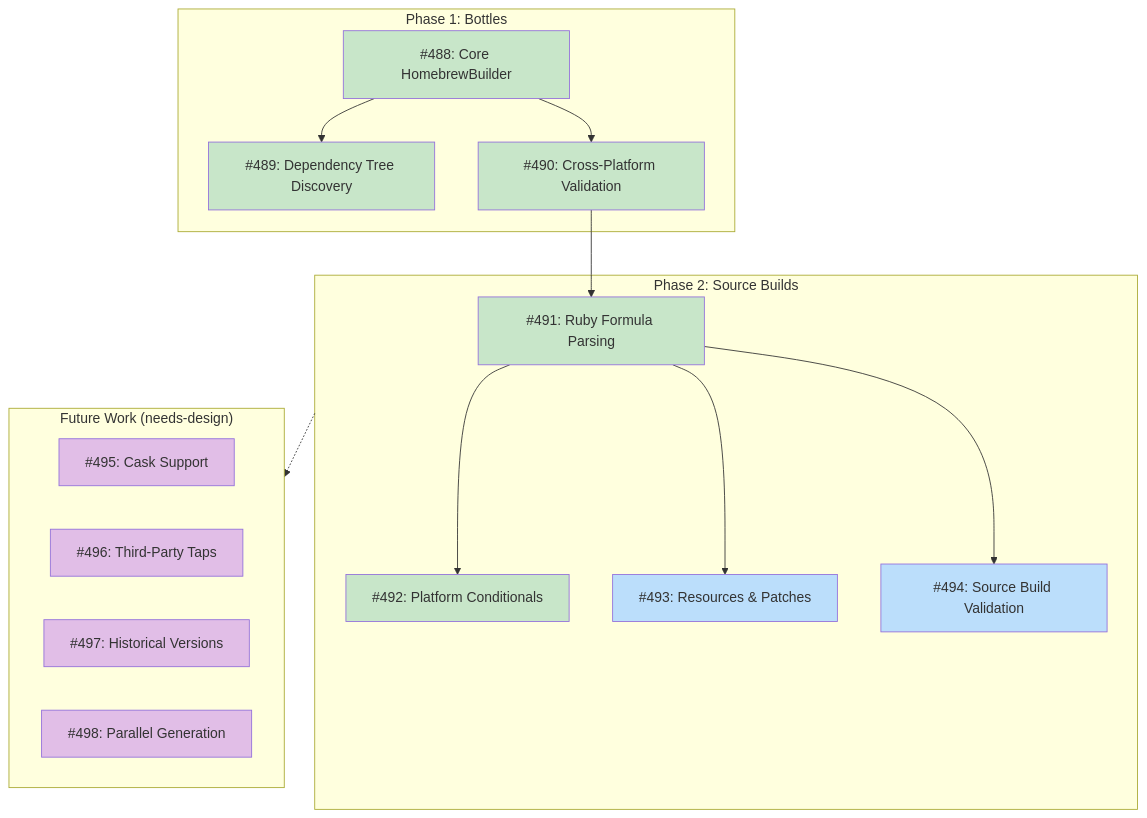
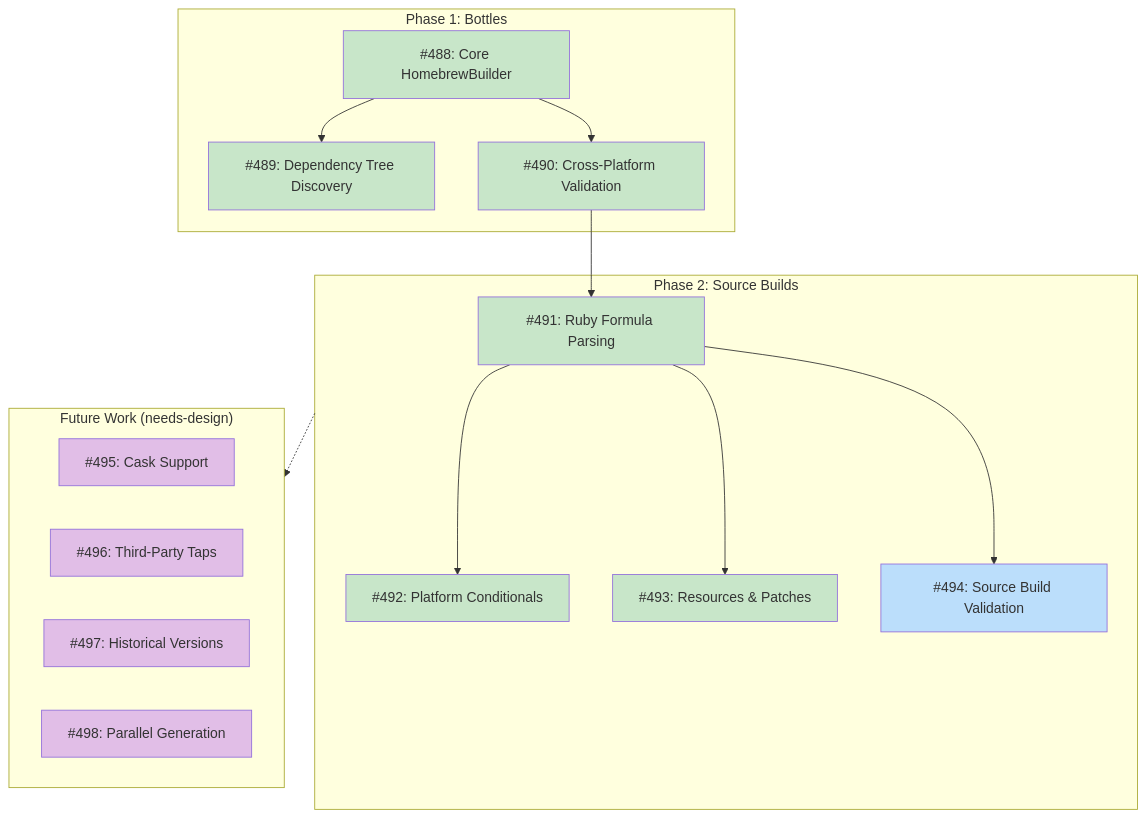
One commit to tsukumogami/tsuku changed the diagram in docs/DESIGN-homebrew-builder.md. Above: the diagram before and after it, drawn with Mermaid. The commit also changed 9 other files, not shown here.

````diff
--- a/docs/DESIGN-homebrew-builder.md
+++ b/docs/DESIGN-homebrew-builder.md
@@ -11,39 +11,39 @@
 ```mermaid
 graph TD
     subgraph Phase1["Phase 1: Bottles"]
         A488["#488: Core HomebrewBuilder"]
         A489["#489: Dependency Tree Discovery"]
         A490["#490: Cross-Platform Validation"]
     end
 
     subgraph Phase2["Phase 2: Source Builds"]
         A491["#491: Ruby Formula Parsing"]
         A492["#492: Platform Conditionals"]
         A493["#493: Resources & Patches"]
         A494["#494: Source Build Validation"]
     end
 
     subgraph Future["Future Work (needs-design)"]
         A495["#495: Cask Support"]
         A496["#496: Third-Party Taps"]
         A497["#497: Historical Versions"]
         A498["#498: Parallel Generation"]
     end
 
     A488 --> A489
     A488 --> A490
     A490 --> A491
     A491 --> A492
     A491 --> A493
     A491 --> A494
     Phase2 -.-> Future
 
     classDef done fill:#c8e6c9
     classDef ready fill:#bbdefb
     classDef blocked fill:#fff9c4
     classDef needsDesign fill:#e1bee7
 
-    class A488,A489,A490,A491,A492 done
-    class A493,A494 ready
+    class A488,A489,A490,A491,A492,A493 done
+    class A494 ready
     class A495,A496,A497,A498 needsDesign
 ```
````
